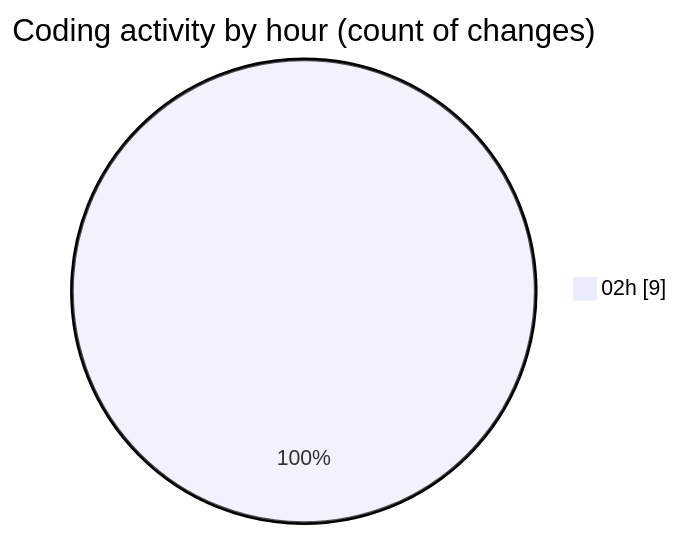
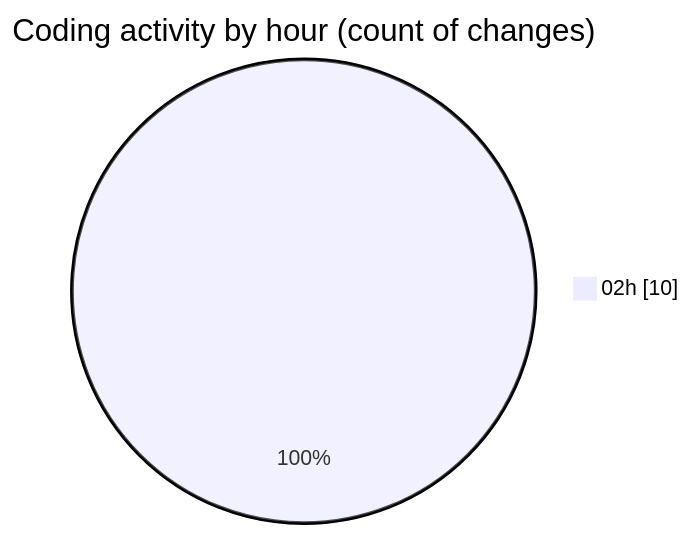
One commit to charlie-sans/code-tracking changed the second of 2 diagrams in 2025-02-22/micros/README.md. Above: the diagram before and after it, drawn with Mermaid. The commit also changed other lines of this file and 1 other file, not shown here.

````diff
--- a/2025-02-22/micros/README.md
+++ b/2025-02-22/micros/README.md
@@ -29,5 +29,5 @@
 ```mermaid
 pie showData
 title Coding activity by hour (count of changes)
-"02h" : 9
+"02h" : 10
 ```
````
